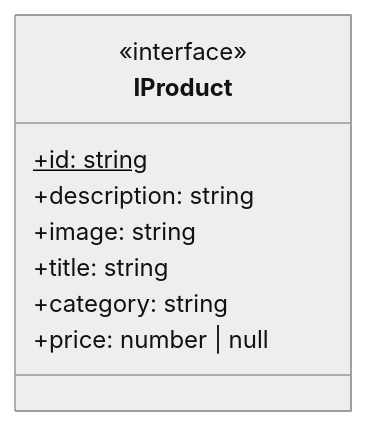
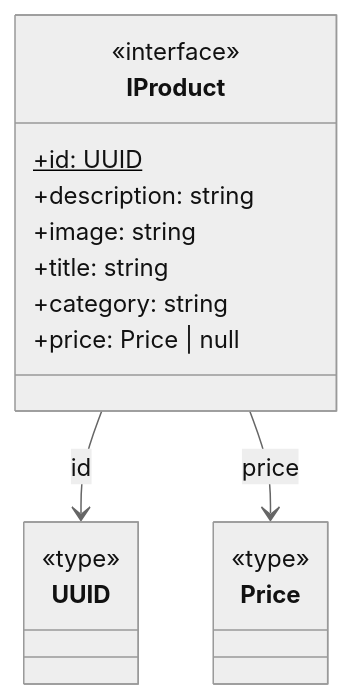
One commit to vvk2020/weblarek changed the seventh of 11 diagrams in README.md. Above: the diagram before and after it, drawn with Mermaid (neutral theme). The commit also changed other lines of this file and 3 other files, not shown here.

````diff
--- a/README.md
+++ b/README.md
@@ -181,12 +334,23 @@
 ```mermaid
 classDiagram
     class IProduct {
         <<interface>>
-        +id: string$
+        +id: UUID$
         +description: string
         +image: string
         +title: string
         +category: string
-        +price: number | null
+        +price: Price | null
     }
+
+    class UUID {
+        <<type>>
+    }
+
+    class Price {
+        <<type>>
+    }
+
+    IProduct --> UUID : id
+    IProduct --> Price : price
 ```
````
